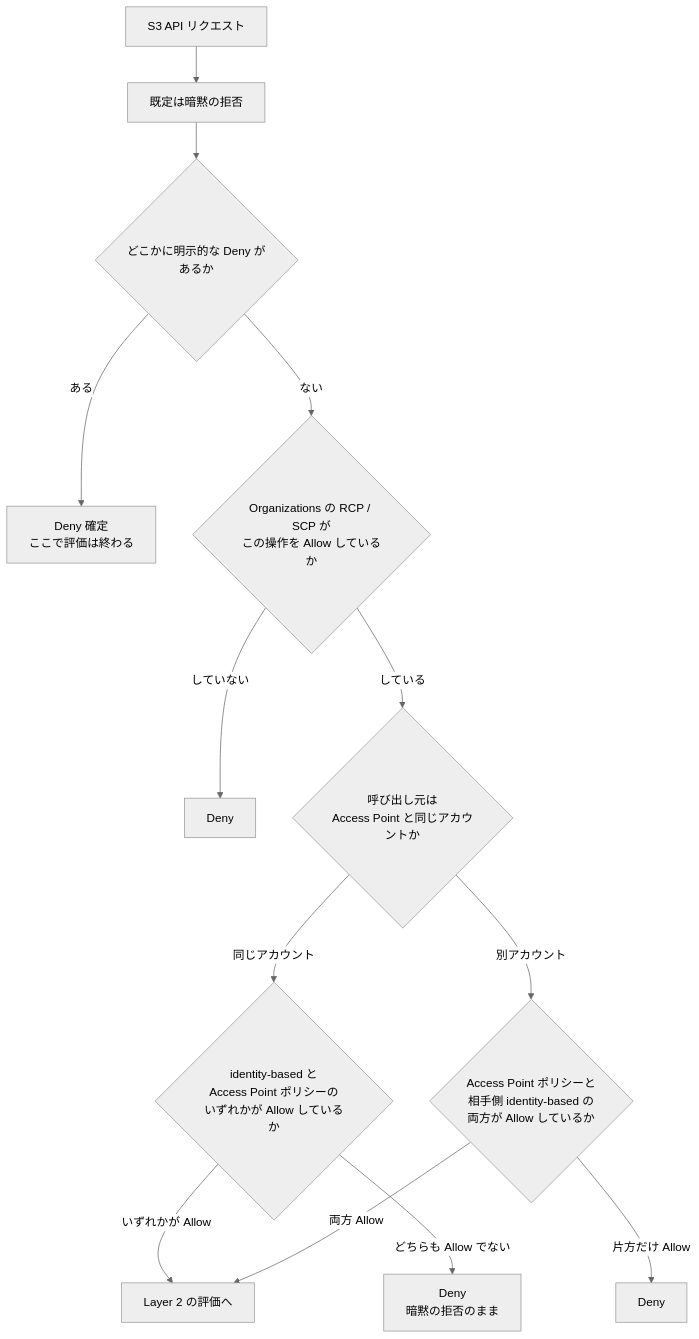
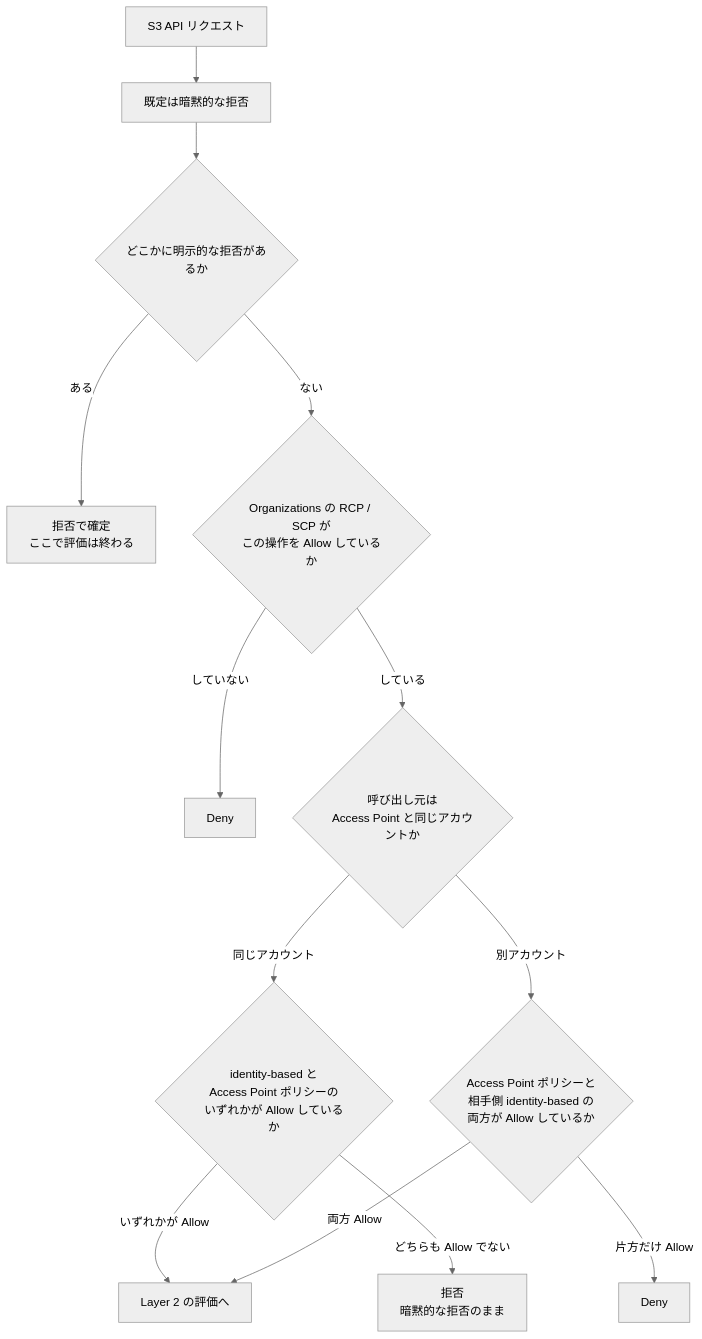
The first of 2 diagrams in docs/ja/reference/decision-trees/access-point-authorization.md (Yoshiki0705/FSx-for-ONTAP-Adoption-Playbook), drawn with Mermaid (neutral theme) before and after one commit. The commit also changed other lines of this file and 17 other files, not shown here.

````diff
--- a/docs/ja/reference/decision-trees/access-point-authorization.md
+++ b/docs/ja/reference/decision-trees/access-point-authorization.md
@@ -46,20 +46,20 @@
 ```mermaid
 graph TD
-    REQ[S3 API リクエスト] --> DEF[既定は暗黙の拒否]
-    DEF --> DENY{どこかに明示的な Deny があるか}
+    REQ[S3 API リクエスト] --> DEF[既定は暗黙的な拒否]
+    DEF --> DENY{どこかに明示的な拒否があるか}
 
-    DENY -->|ある| D1["Deny 確定<br/>ここで評価は終わる"]
+    DENY -->|ある| D1["拒否で確定<br/>ここで評価は終わる"]
     DENY -->|ない| ORG{"Organizations の RCP / SCP が<br/>この操作を Allow しているか"}
 
     ORG -->|していない| D2[Deny]
     ORG -->|している| ACCT{"呼び出し元は<br/>Access Point と同じアカウントか"}
 
     ACCT -->|同じアカウント| SAME{"identity-based と<br/>Access Point ポリシーの<br/>いずれかが Allow しているか"}
     ACCT -->|別アカウント| CROSS{"Access Point ポリシーと<br/>相手側 identity-based の<br/>両方が Allow しているか"}
 
     SAME -->|いずれかが Allow| L2[Layer 2 の評価へ]
-    SAME -->|どちらも Allow でない| D3["Deny<br/>暗黙の拒否のまま"]
+    SAME -->|どちらも Allow でない| D3["拒否<br/>暗黙的な拒否のまま"]
 
     CROSS -->|両方 Allow| L2
     CROSS -->|片方だけ Allow| D4[Deny]
 ```
````
